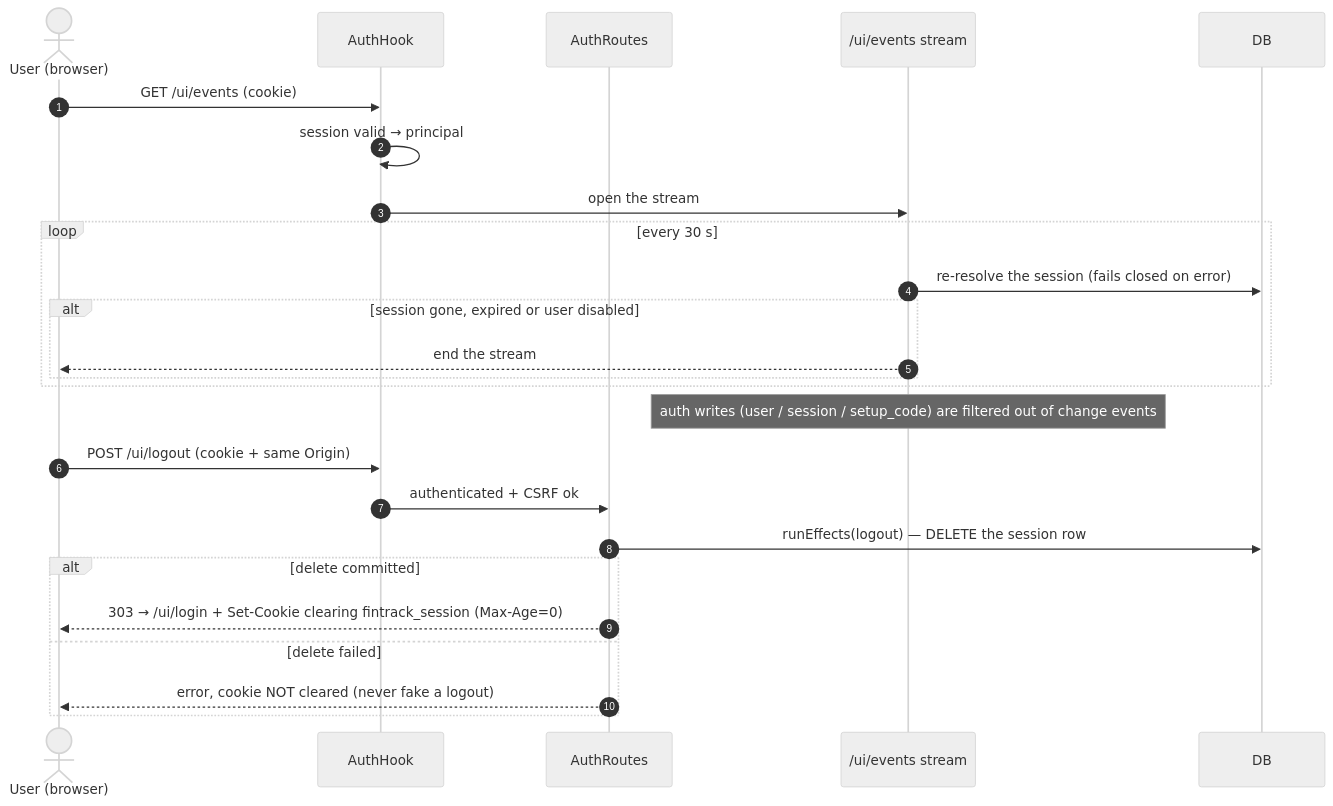
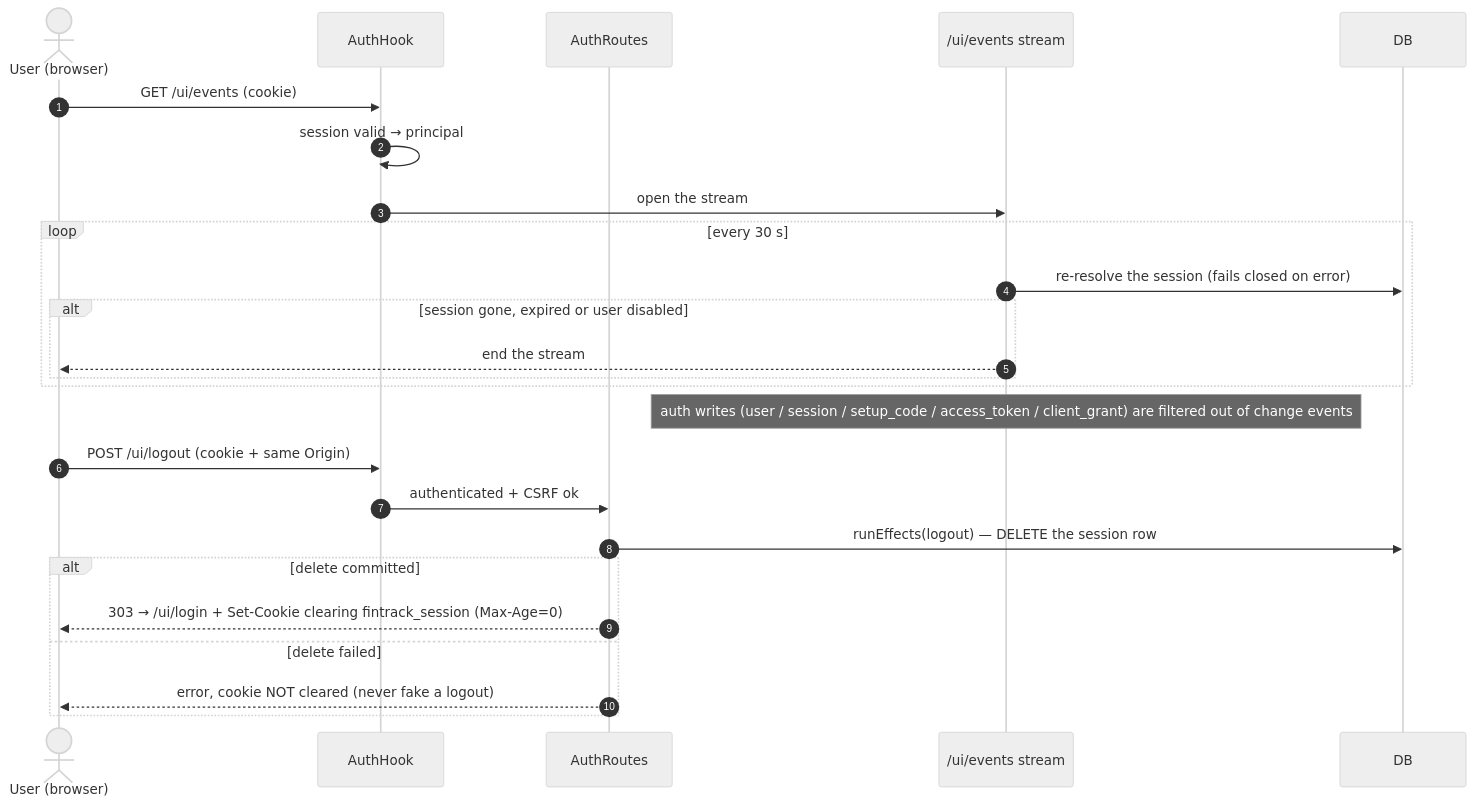
One commit to RafaelFCarneiro/patty changed the ninth of 14 diagrams in docs/auth-flows.md. Above: the diagram before and after it, drawn with Mermaid (neutral theme). The commit also changed other lines of this file and 102 other files, not shown here.

````diff
--- a/docs/auth-flows.md
+++ b/docs/auth-flows.md
@@ -308,29 +322,29 @@
 ```mermaid
 sequenceDiagram
     autonumber
     actor U as User (browser)
     participant Hook as AuthHook
     participant Routes as AuthRoutes
     participant SSE as /ui/events stream
     participant DB
 
     U->>Hook: GET /ui/events (cookie)
     Hook->>Hook: session valid → principal
     Hook->>SSE: open the stream
     loop every 30 s
         SSE->>DB: re-resolve the session (fails closed on error)
         alt session gone, expired or user disabled
             SSE-->>U: end the stream
         end
     end
-    Note over SSE: auth writes (user / session / setup_code) are filtered out of change events
+    Note over SSE: auth writes (user / session / setup_code / access_token / client_grant) are filtered out of change events
 
     U->>Hook: POST /ui/logout (cookie + same Origin)
     Hook->>Routes: authenticated + CSRF ok
     Routes->>DB: runEffects(logout) — DELETE the session row
     alt delete committed
         Routes-->>U: 303 → /ui/login + Set-Cookie clearing fintrack_session (Max-Age=0)
     else delete failed
         Routes-->>U: error, cookie NOT cleared (never fake a logout)
     end
 ```
````
